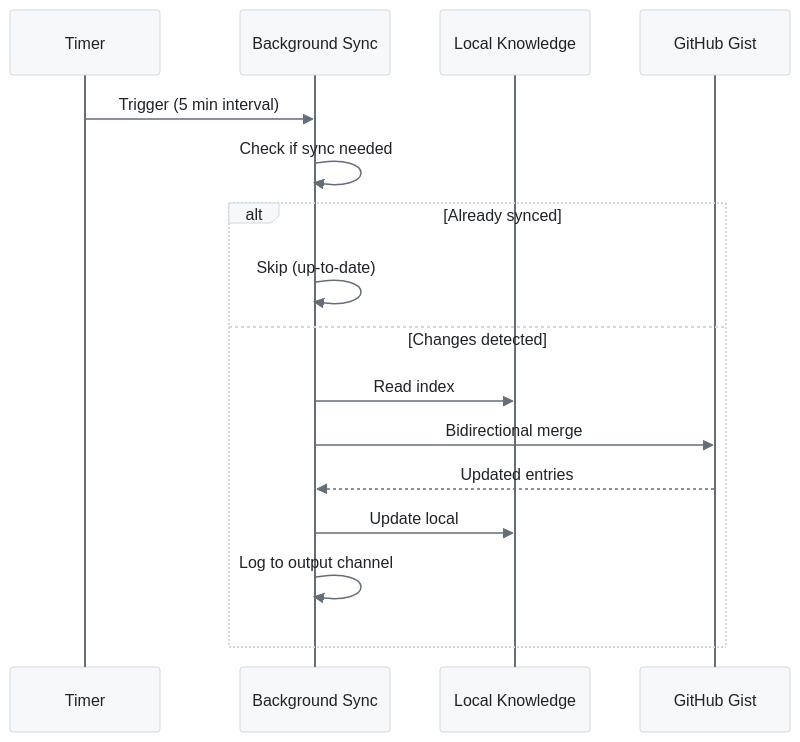
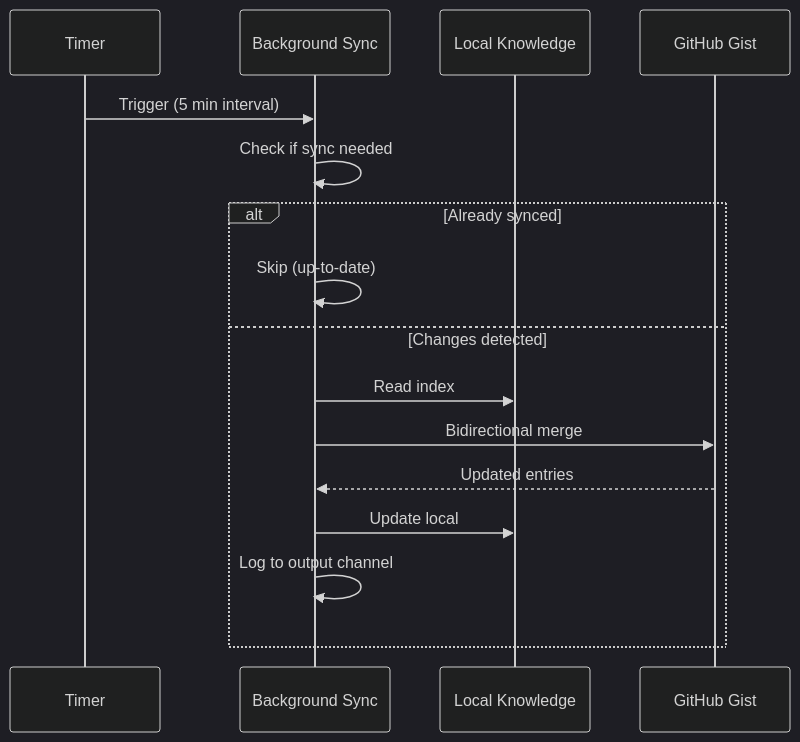
One commit to fabioc-aloha/Alex_Plug_In changed the second of 6 diagrams in alex_docs/architecture/UNCONSCIOUS-MIND.md. Above: the diagram before and after it, drawn with Mermaid. The commit also changed other lines of this file and 13 other files, not shown here.

Commit message:
brand(M4.8-4.10): mermaid theme snippet + inject CorreaX theme into arch diagrams + standardize badge colors

````diff
--- a/alex_docs/architecture/UNCONSCIOUS-MIND.md
+++ b/alex_docs/architecture/UNCONSCIOUS-MIND.md
@@ -77,21 +77,21 @@
 ```mermaid
-%%{init: {'theme': 'base', 'themeVariables': { 'primaryColor': '#f6f8fa', 'primaryTextColor': '#1f2328', 'primaryBorderColor': '#d1d9e0', 'lineColor': '#656d76', 'secondaryColor': '#f6f8fa', 'tertiaryColor': '#ffffff', 'background': '#ffffff', 'mainBkg': '#f6f8fa', 'nodeBorder': '#d1d9e0', 'actorBkg': '#f6f8fa', 'actorBorder': '#d1d9e0', 'actorTextColor': '#1f2328', 'actorLineColor': '#656d76', 'signalColor': '#656d76', 'signalTextColor': '#1f2328'}}}%%
+%%{init: {'theme': 'dark', 'themeVariables': {'background': '#0f172a', 'primaryColor': '#1e293b', 'primaryTextColor': '#f1f5f9', 'primaryBorderColor': '#818cf8', 'lineColor': '#475569', 'secondaryColor': '#1e293b', 'secondaryBorderColor': '#2dd4bf', 'tertiaryColor': '#1e293b', 'fontFamily': 'Segoe UI, system-ui, sans-serif'}}}%%
 sequenceDiagram
     participant Timer
     participant Sync as Background Sync
     participant Local as Local Knowledge
     participant Cloud as GitHub Gist
 
     Timer->>Sync: Trigger (5 min interval)
     Sync->>Sync: Check if sync needed
 
     alt Already synced
         Sync->>Sync: Skip (up-to-date)
     else Changes detected
         Sync->>Local: Read index
         Sync->>Cloud: Bidirectional merge
         Cloud-->>Sync: Updated entries
         Sync->>Local: Update local
         Sync->>Sync: Log to output channel
     end
 ```
````
